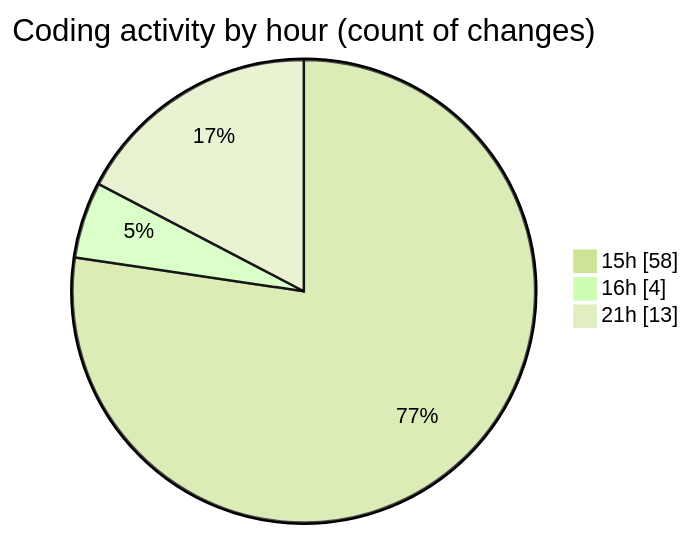
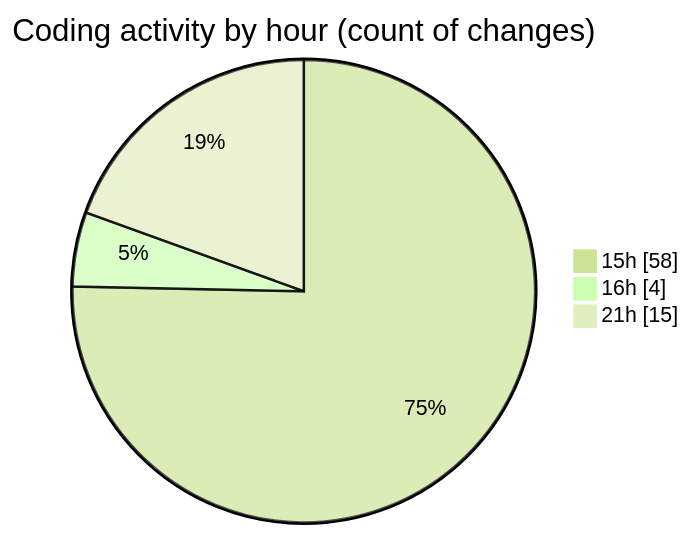
The second of 2 diagrams in 2026-01-22/cda-web-components/README.md (momahboobian/code-tracking), drawn with Mermaid (forest theme) before and after one commit. The commit also changed other lines of this file and 1 other file, not shown here.

````diff
--- a/2026-01-22/cda-web-components/README.md
+++ b/2026-01-22/cda-web-components/README.md
@@ -70,7 +70,7 @@
 ```mermaid
 pie showData
 title Coding activity by hour (count of changes)
 "15h" : 58
 "16h" : 4
-"21h" : 13
+"21h" : 15
 ```
````
